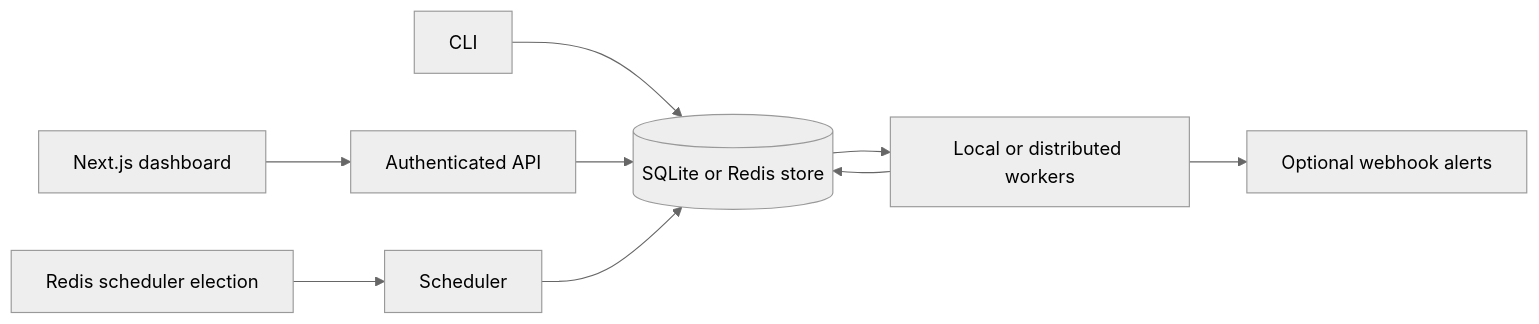
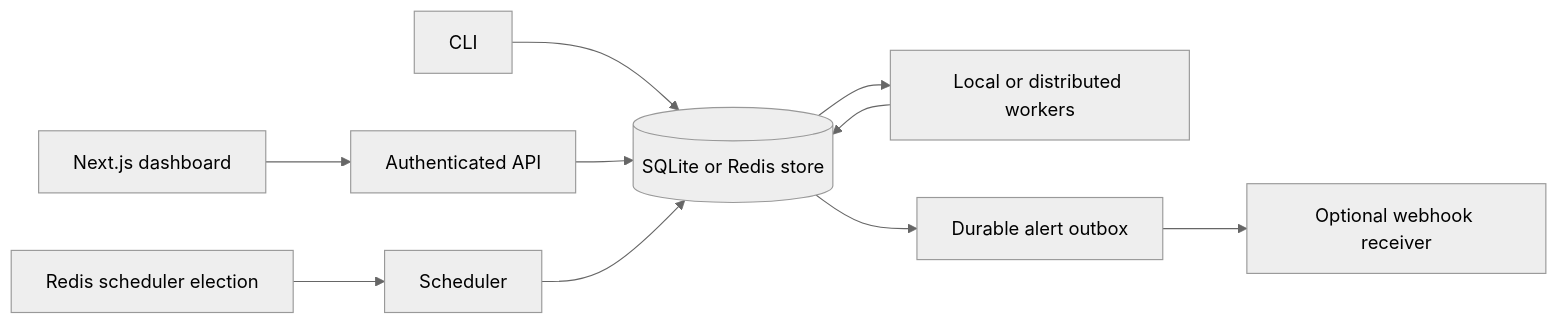
One commit to AqViolet/aqs-schedular changed the diagram in README.md. Above: the diagram before and after it, drawn with Mermaid (neutral theme). The commit also changed other lines of this file, not shown here.

````diff
--- a/README.md
+++ b/README.md
@@ -32,11 +32,12 @@
 ```mermaid
 flowchart LR
     Dashboard[Next.js dashboard] --> API[Authenticated API]
     CLI[CLI] --> Store[(SQLite or Redis store)]
     API --> Store
     Leader[Redis scheduler election] --> Scheduler[Scheduler]
     Scheduler --> Store
     Store --> Workers[Local or distributed workers]
     Workers --> Store
-    Workers --> Alerts[Optional webhook alerts]
+    Store --> Outbox[Durable alert outbox]
+    Outbox --> Alerts[Optional webhook receiver]
 ```
````
